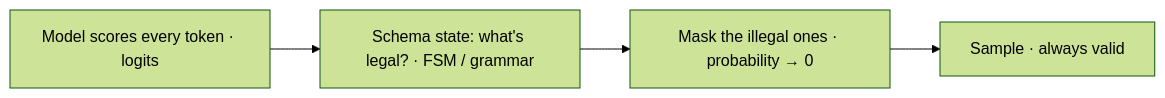
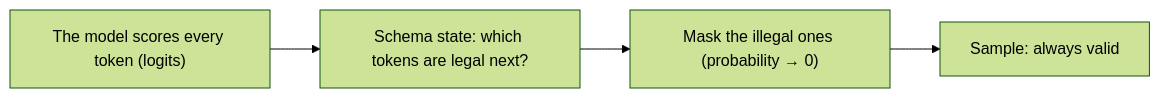
Before and after one commit to kk-engineer/robosathi: the first of 3 diagrams in content/en/docs/agentic_ai/guardrails_loop_control_state.md, drawn with Mermaid (forest theme). The commit also changed other lines of this file and 15 other files, not shown here.

````diff
--- a/content/en/docs/agentic_ai/guardrails_loop_control_state.md
+++ b/content/en/docs/agentic_ai/guardrails_loop_control_state.md
@@ -37,4 +32,4 @@
 ```mermaid
 graph LR
-    L["Model scores every token · logits"] --> S["Schema state: what's legal? · FSM / grammar"] --> M["Mask the illegal ones · probability → 0"] --> V["Sample · always valid"]
+    L["The model scores every token (logits)"] --> S["Schema state: which tokens are legal next?"] --> M["Mask the illegal ones (probability → 0)"] --> V["Sample: always valid"]
 ```
````
